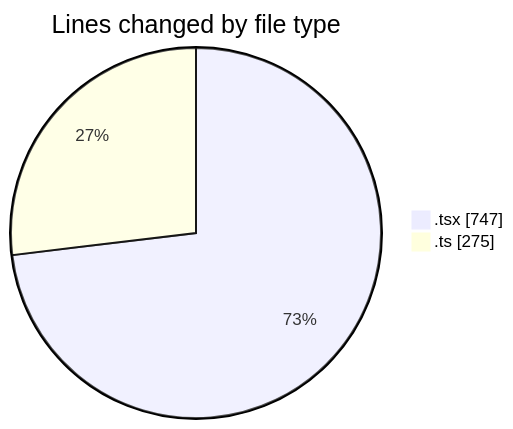
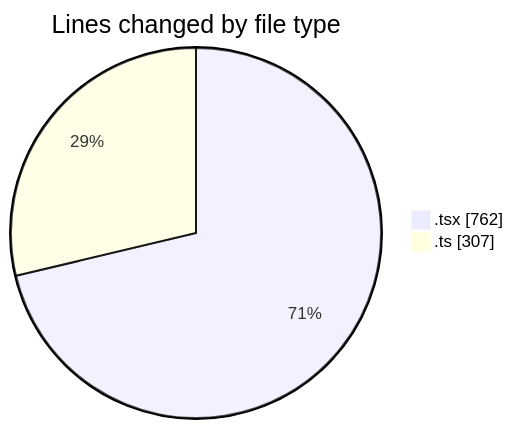
Before and after one commit to robertbonfada/code-tracking: the first of 2 diagrams in 2025-05-20/mbc-web/README.md, drawn with Mermaid. The commit also changed other lines of this file and 1 other file, not shown here.

````diff
--- a/2025-05-20/mbc-web/README.md
+++ b/2025-05-20/mbc-web/README.md
@@ -24,6 +24,6 @@
 ```mermaid
 pie showData
 title Lines changed by file type
-".tsx" : 747
-".ts" : 275
+".tsx" : 762
+".ts" : 307
 ```
````
